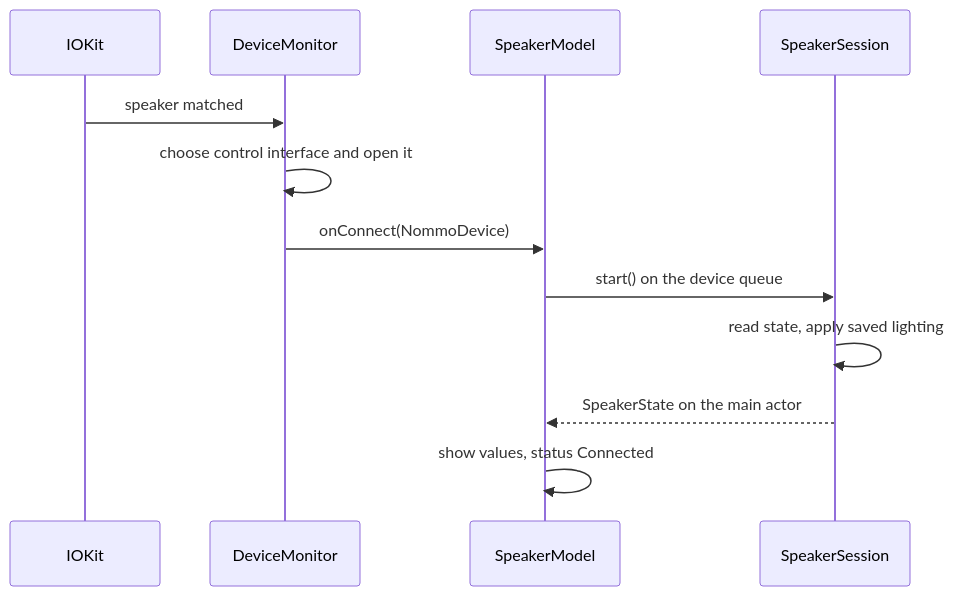
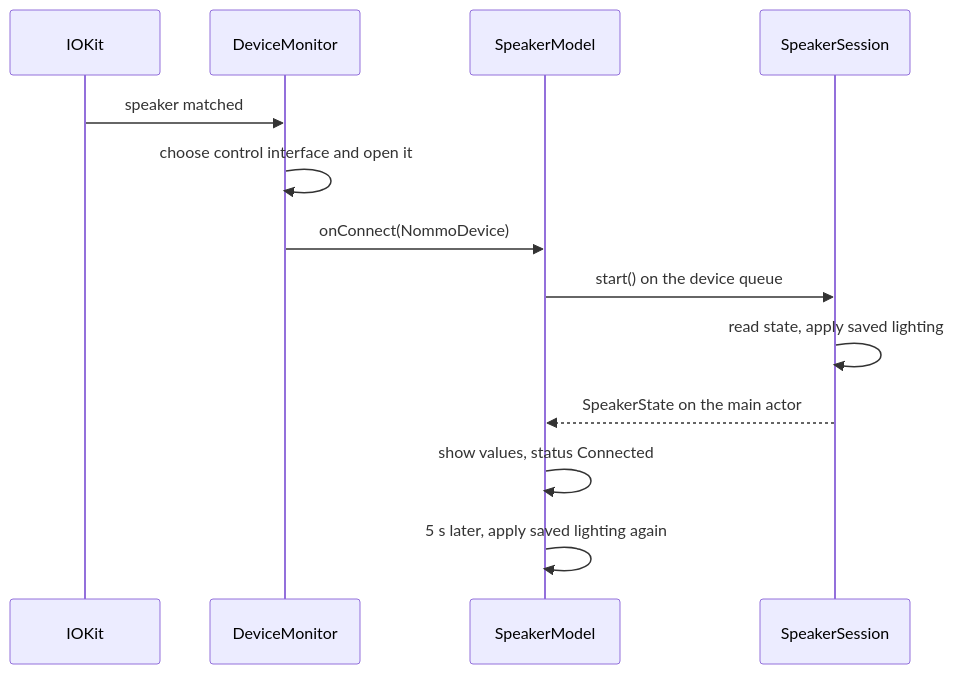
One commit to feroxes/razer-nommo-v2-macos changed the second of 2 diagrams in docs/ARCHITECTURE.md. Above: the diagram before and after it, drawn with Mermaid. The commit also changed other lines of this file and 5 other files, not shown here.

````diff
--- a/docs/ARCHITECTURE.md
+++ b/docs/ARCHITECTURE.md
@@ -46,14 +46,15 @@
 ```mermaid
 sequenceDiagram
     participant IOKit
     participant Monitor as DeviceMonitor
     participant Model as SpeakerModel
     participant Session as SpeakerSession
     IOKit->>Monitor: speaker matched
     Monitor->>Monitor: choose control interface and open it
     Monitor->>Model: onConnect(NommoDevice)
     Model->>Session: start() on the device queue
     Session->>Session: read state, apply saved lighting
     Session-->>Model: SpeakerState on the main actor
     Model->>Model: show values, status Connected
+    Model->>Model: 5 s later, apply saved lighting again
 ```
````
